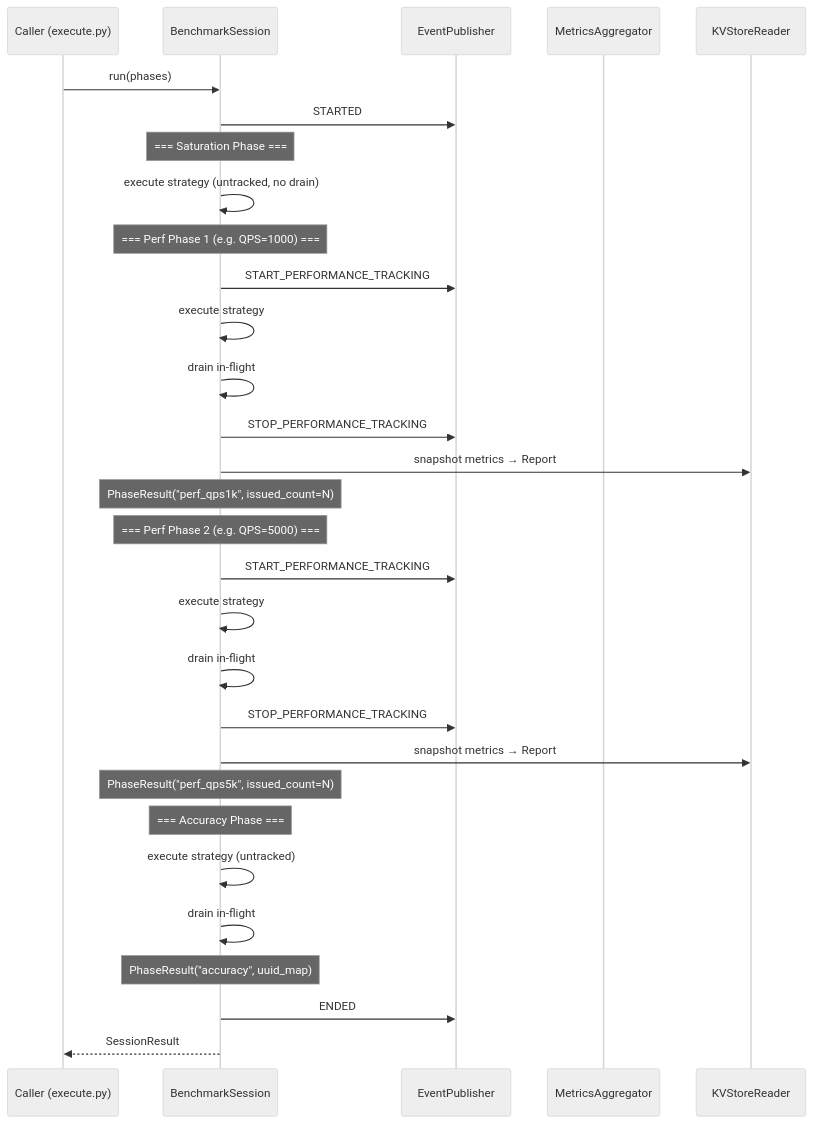
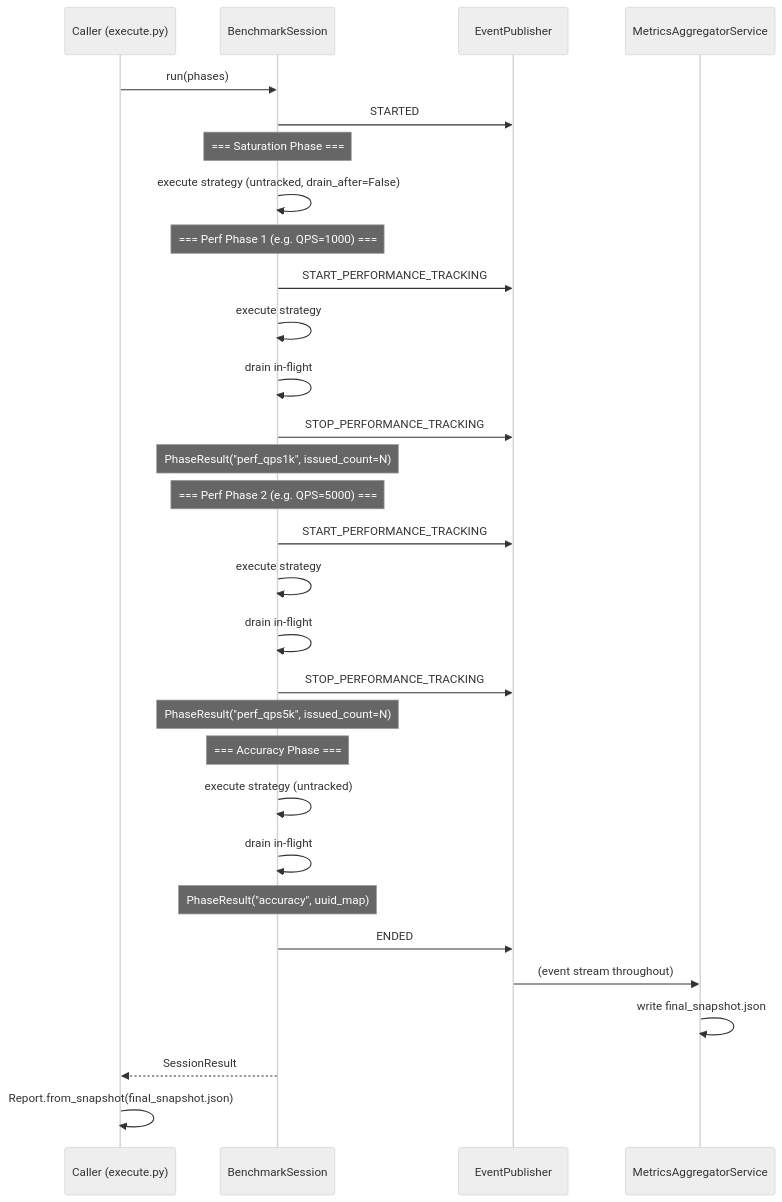
The second of 5 diagrams in docs/load_generator/DESIGN.md (tianmu-li/endpoints), drawn with Mermaid (neutral theme) before and after one commit. The commit also changed other lines of this file and 14 other files, not shown here.

````diff
--- a/docs/load_generator/DESIGN.md
+++ b/docs/load_generator/DESIGN.md
@@ -560,38 +616,38 @@
 ```mermaid
 sequenceDiagram
     participant C as Caller (execute.py)
     participant B as BenchmarkSession
     participant E as EventPublisher
-    participant M as MetricsAggregator
-    participant K as KVStoreReader
+    participant M as MetricsAggregatorService
 
     C->>B: run(phases)
     B->>E: STARTED
 
     Note over B: === Saturation Phase ===
-    B->>B: execute strategy (untracked, no drain)
+    B->>B: execute strategy (untracked, drain_after=False)
 
     Note over B: === Perf Phase 1 (e.g. QPS=1000) ===
     B->>E: START_PERFORMANCE_TRACKING
     B->>B: execute strategy
     B->>B: drain in-flight
     B->>E: STOP_PERFORMANCE_TRACKING
-    B->>K: snapshot metrics → Report
     Note over B: PhaseResult("perf_qps1k", issued_count=N)
 
     Note over B: === Perf Phase 2 (e.g. QPS=5000) ===
     B->>E: START_PERFORMANCE_TRACKING
     B->>B: execute strategy
     B->>B: drain in-flight
     B->>E: STOP_PERFORMANCE_TRACKING
-    B->>K: snapshot metrics → Report
     Note over B: PhaseResult("perf_qps5k", issued_count=N)
 
     Note over B: === Accuracy Phase ===
     B->>B: execute strategy (untracked)
     B->>B: drain in-flight
     Note over B: PhaseResult("accuracy", uuid_map)
 
     B->>E: ENDED
+    E->>M: (event stream throughout)
+    M->>M: write final_snapshot.json
     B-->>C: SessionResult
+    C->>C: Report.from_snapshot(final_snapshot.json)
 ```
````
